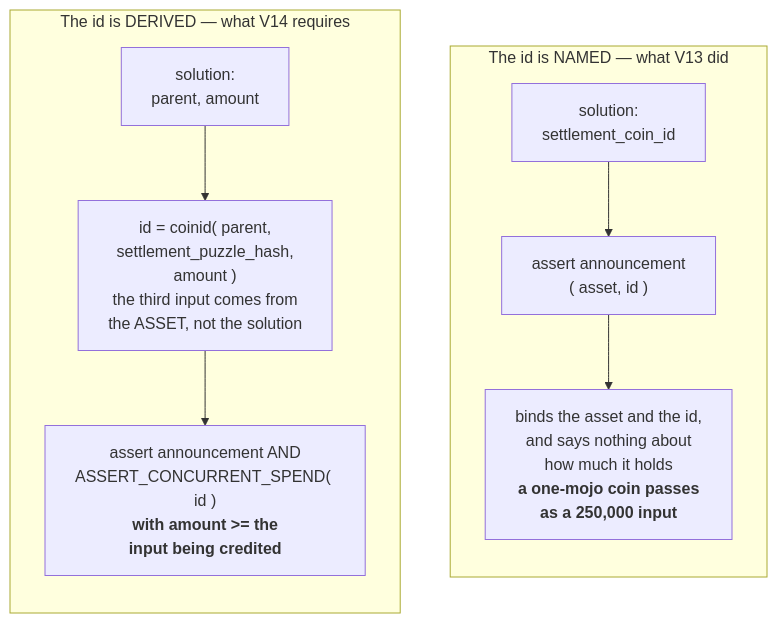
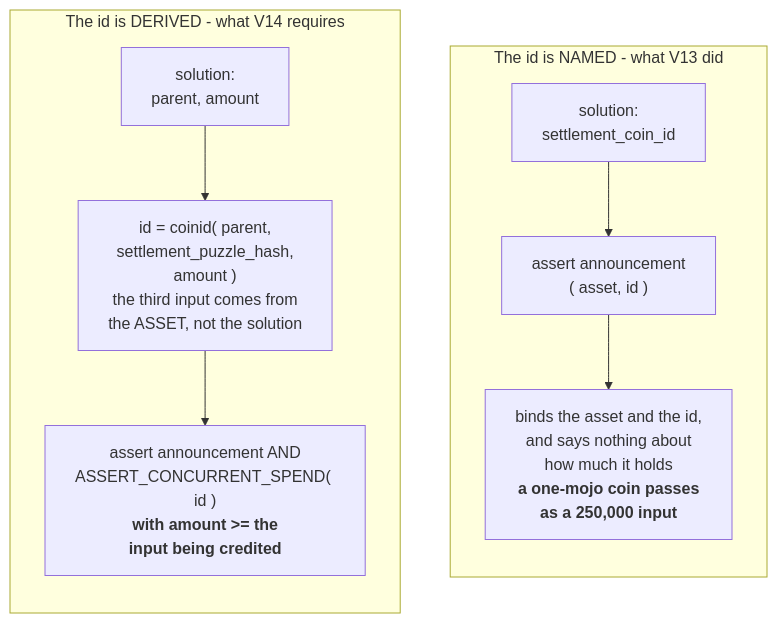
The diagram in assets/chip-0062/settlement-binding.mmd (awizardxch/chips), drawn with Mermaid before and after one commit. The commit also changed 2 other files, not shown here.

```diff
--- a/assets/chip-0062/settlement-binding.mmd
+++ b/assets/chip-0062/settlement-binding.mmd
@@ -1,15 +1,15 @@
 flowchart TB
-    subgraph named["The id is NAMED &mdash; what V13 did"]
+    subgraph named["The id is NAMED - what V13 did"]
         direction TB
         N1["solution:<br/>settlement_coin_id"]
         N2["assert announcement<br/>( asset, id )"]
         N3["binds the asset and the id,<br/>and says nothing about<br/>how much it holds<br/><b>a one-mojo coin passes<br/>as a 250,000 input</b>"]
         N1 --> N2 --> N3
     end
-    subgraph derived["The id is DERIVED &mdash; what V14 requires"]
+    subgraph derived["The id is DERIVED - what V14 requires"]
         direction TB
         D1["solution:<br/>parent, amount"]
         D2["id = coinid( parent,<br/>settlement_puzzle_hash,<br/>amount )<br/>the third input comes from<br/>the ASSET, not the solution"]
         D3["assert announcement AND<br/>ASSERT_CONCURRENT_SPEND( id )<br/><b>with amount >= the<br/>input being credited</b>"]
         D1 --> D2 --> D3
     end
```
